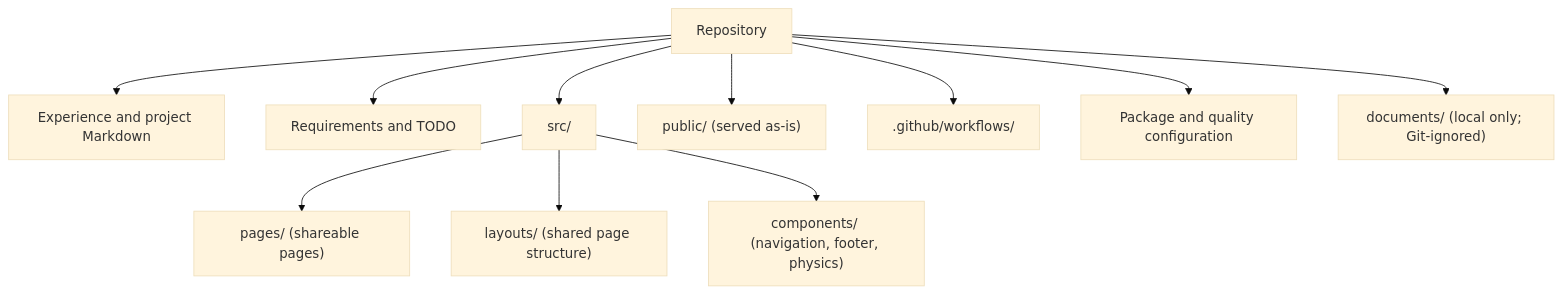
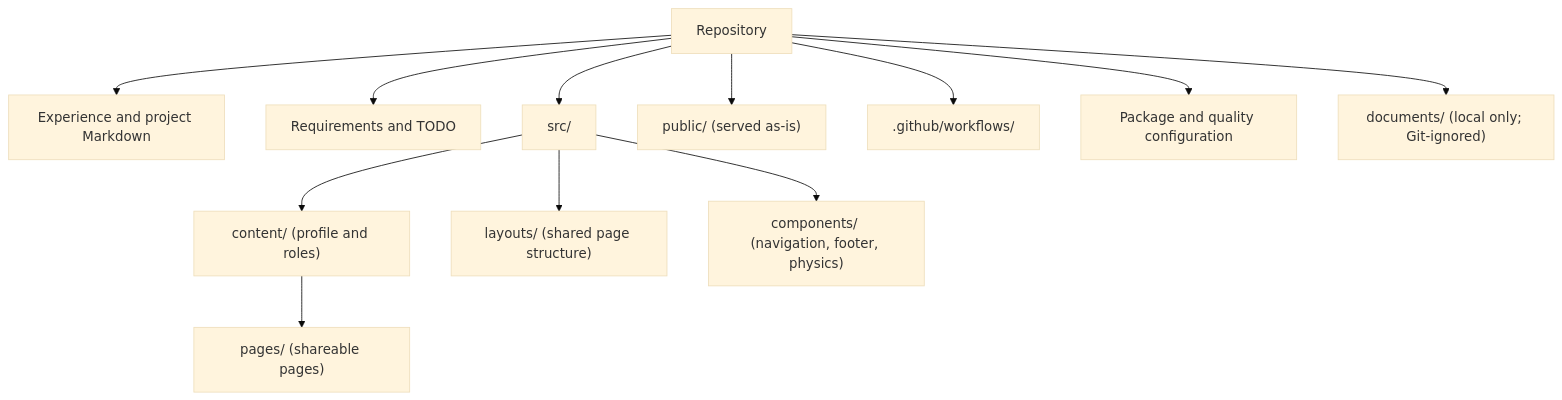
Before and after one commit to 6210/dfpf-26-27: the first of 2 diagrams in README.MD, drawn with Mermaid (base theme). The commit also changed other lines of this file and 12 other files, not shown here.

````diff
--- a/README.MD
+++ b/README.MD
@@ -122,14 +127,15 @@
 ```mermaid
 flowchart TD
     Repo["Repository"]
     Repo --> References["Experience and project Markdown"]
     Repo --> Planning["Requirements and TODO"]
     Repo --> Source["src/"]
-    Source --> Pages["pages/ (shareable pages)"]
+    Source --> Content["content/ (profile and roles)"]
+    Content --> Pages["pages/ (shareable pages)"]
     Source --> Layout["layouts/ (shared page structure)"]
     Source --> Components["components/ (navigation, footer, physics)"]
     Repo --> Public["public/ (served as-is)"]
     Repo --> Workflow[".github/workflows/"]
     Repo --> Config["Package and quality configuration"]
     Repo --> Local["documents/ (local only; Git-ignored)"]
 ```
````
